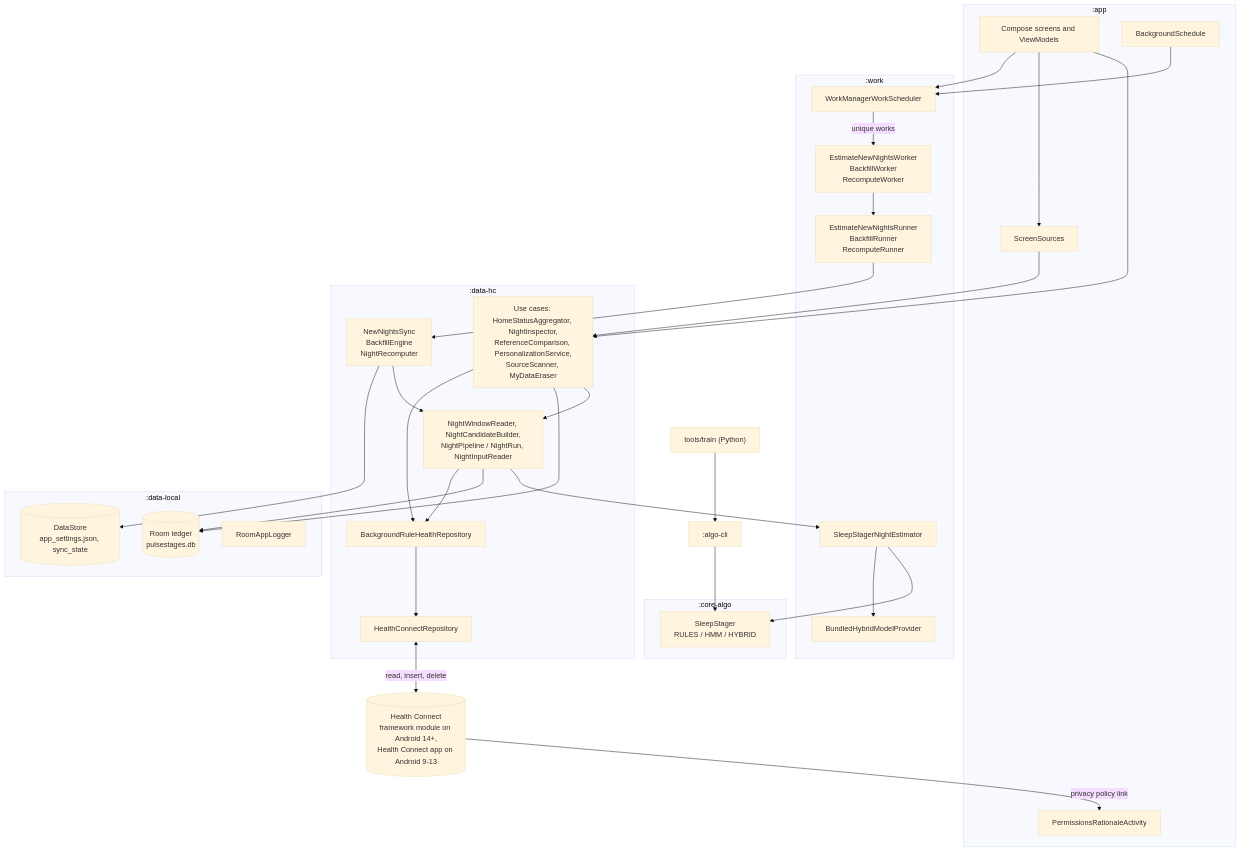
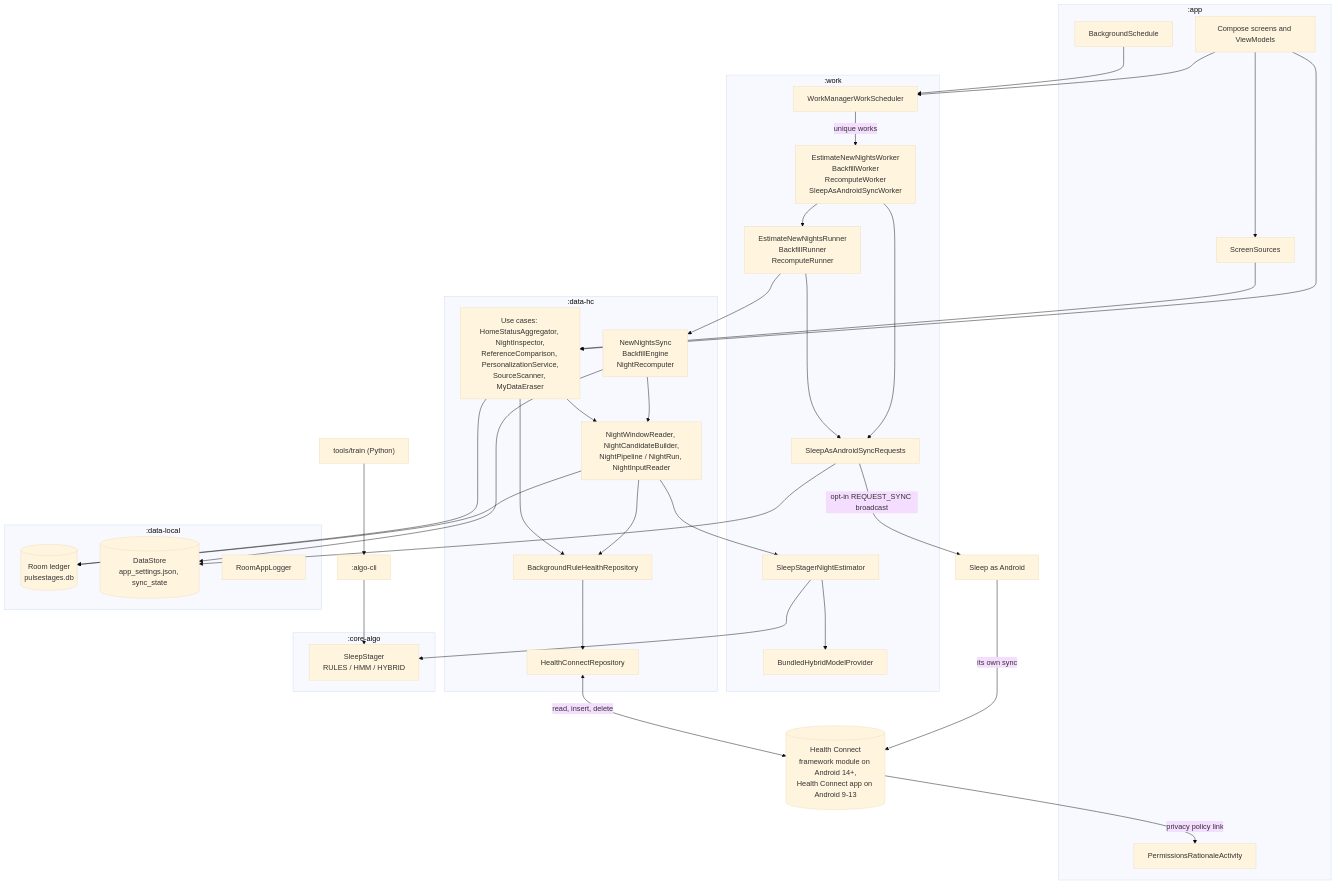
The second of 4 diagrams in docs/architecture.md (alien2003/PulseStages), drawn with Mermaid (base theme) before and after one commit. The commit also changed other lines of this file and 12 other files, not shown here.

First line of the commit message:
docs: Sleep as Android sync request and 15/30-minute checks

````diff
--- a/docs/architecture.md
+++ b/docs/architecture.md
@@ -89,62 +89,69 @@
 ```mermaid
 flowchart TB
     HC[("Health Connect<br/>framework module on Android 14+,<br/>Health Connect app on Android 9-13")]
+    SLEEP["Sleep as Android"]
 
     subgraph APP [":app"]
         UI["Compose screens and ViewModels"]
         RAT["PermissionsRationaleActivity"]
         BGS["BackgroundSchedule"]
         SCR["ScreenSources"]
     end
 
     subgraph WORK [":work"]
         SCHED["WorkManagerWorkScheduler"]
-        WRK["EstimateNewNightsWorker<br/>BackfillWorker<br/>RecomputeWorker"]
+        WRK["EstimateNewNightsWorker<br/>BackfillWorker<br/>RecomputeWorker<br/>SleepAsAndroidSyncWorker"]
         RUN["EstimateNewNightsRunner<br/>BackfillRunner<br/>RecomputeRunner"]
+        SAA["SleepAsAndroidSyncRequests"]
         EST["SleepStagerNightEstimator"]
         BUNDLE["BundledHybridModelProvider"]
     end
 
     subgraph DATAHC [":data-hc"]
         UC["Use cases: HomeStatusAggregator, NightInspector,<br/>ReferenceComparison, PersonalizationService,<br/>SourceScanner, MyDataEraser"]
         JOBS["NewNightsSync<br/>BackfillEngine<br/>NightRecomputer"]
         PIPE["NightWindowReader, NightCandidateBuilder,<br/>NightPipeline / NightRun, NightInputReader"]
         BGR["BackgroundRuleHealthRepository"]
         HCR["HealthConnectRepository"]
     end
 
     subgraph DATALOCAL [":data-local"]
         ROOM[("Room ledger<br/>pulsestages.db")]
         DS[("DataStore<br/>app_settings.json, sync_state")]
         LOG["RoomAppLogger"]
     end
 
     subgraph CORE [":core-algo"]
         STAGER["SleepStager<br/>RULES / HMM / HYBRID"]
     end
 
     CLI[":algo-cli"] --> STAGER
     TRAIN["tools/train (Python)"] --> CLI
 
     UI --> UC
     UI --> SCR
     UI --> SCHED
     SCR --> UC
     BGS --> SCHED
     SCHED -->|"unique works"| WRK
     WRK --> RUN
+    WRK --> SAA
     RUN --> JOBS
+    RUN --> SAA
+    SAA --> DS
+    SAA -->|"opt-in REQUEST_SYNC broadcast"| SLEEP
+    SLEEP -->|"its own sync"| HC
     JOBS --> PIPE
     UC --> PIPE
     PIPE --> EST
     EST --> STAGER
     EST --> BUNDLE
     PIPE --> ROOM
     JOBS --> DS
     UC --> ROOM
     PIPE --> BGR
     UC --> BGR
     BGR --> HCR
     HCR <-->|"read, insert, delete"| HC
     HC -->|"privacy policy link"| RAT
 ```
````
